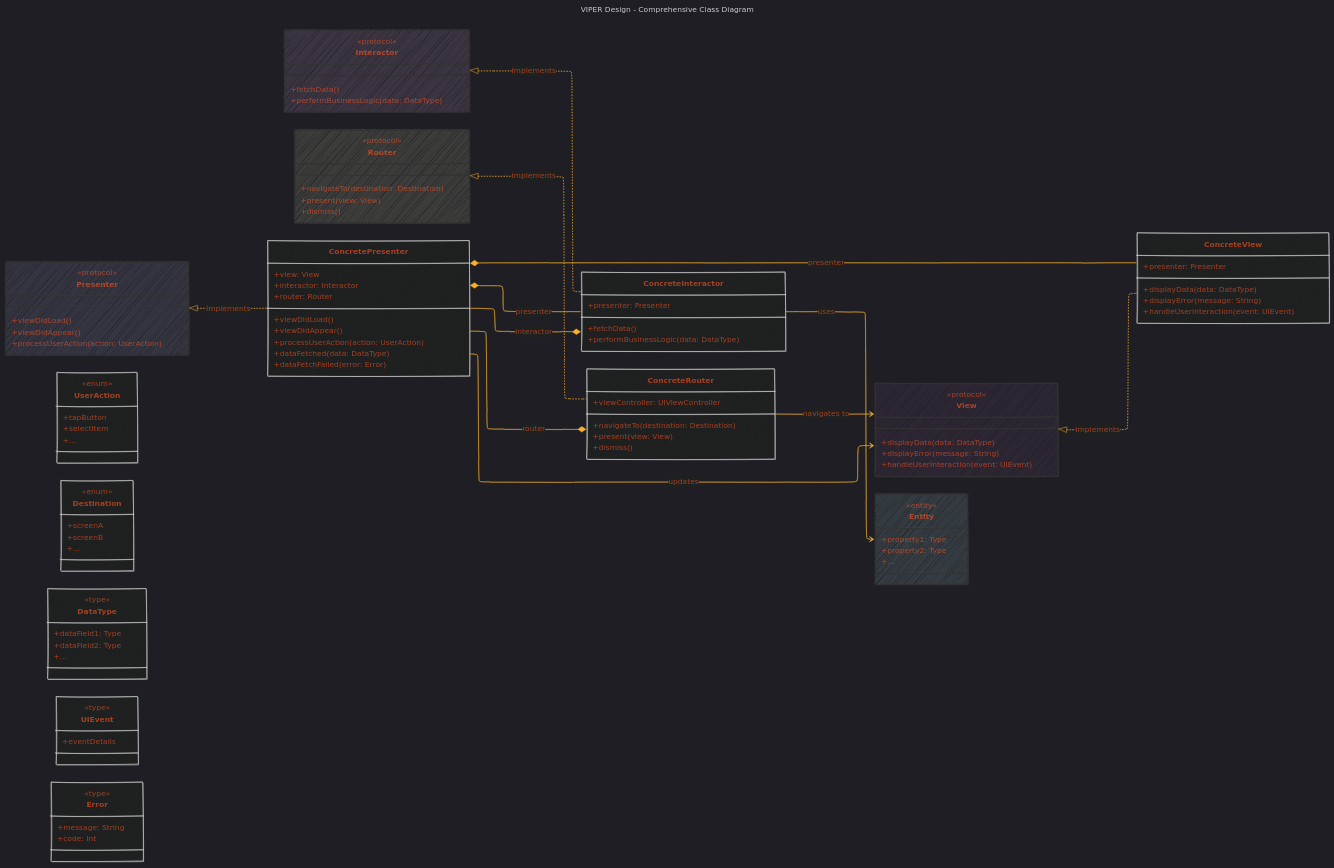
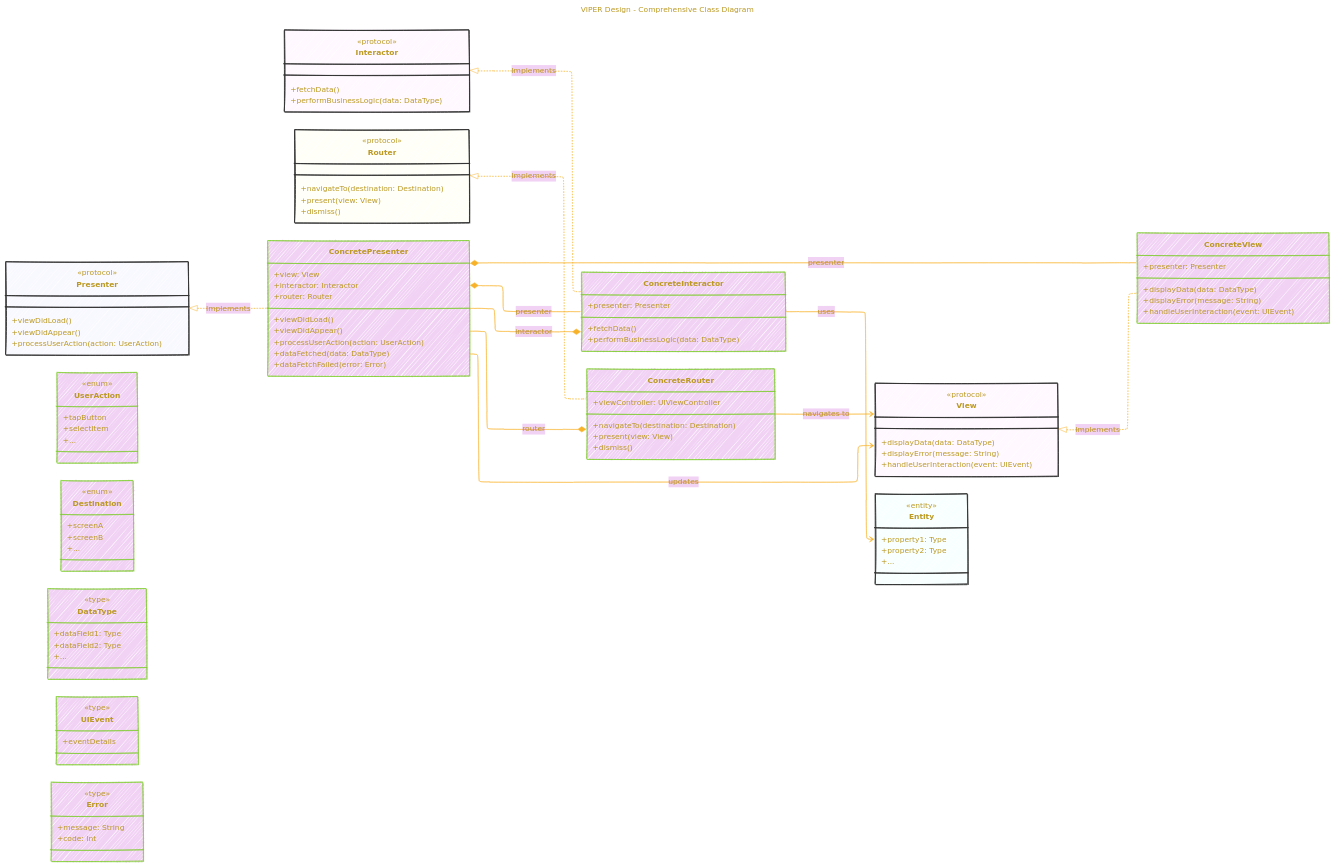
Before and after one commit to CongLeSolutionX/iOS-development-vault: the diagram in Design_Patterns/VIPER/VIPER_V2.md, drawn with Mermaid.

```diff
--- a/Design_Patterns/VIPER/VIPER_V2.md
+++ b/Design_Patterns/VIPER/VIPER_V2.md
@@ -31,18 +31,20 @@
 config:
   layout: elk
   look: handDrawn
-  theme: dark
+  theme: base
 ---
+%%%%%%%% Mermaid version v11.4.1-b.14
+%%%%%%%% Available curve styles include the following keywords:
+%% basis, bumpX, bumpY, cardinal, catmullRom, linear, monotoneX, monotoneY, natural, step, stepAfter, stepBefore.
 %%{
   init: {
-    'fontFamily': 'verdana',
+    "classDiagram": { "htmlLabels": false },
+    'fontFamily': 'Fantasy',
     'themeVariables': {
-      'primaryColor': '#BB2528',
-      'primaryTextColor': '#f529',
-      'primaryBorderColor': '#7C0000',
-      'lineColor': '#F8B229',
-      'secondaryColor': '#006100',
-      'tertiaryColor': '#fff'
+      'primaryColor': '#B2C3',
+      'primaryTextColor': '#B92',
+      'primaryBorderColor': '#7c2',
+      'lineColor': '#F8B229'
     }
   }
 }%%
```
